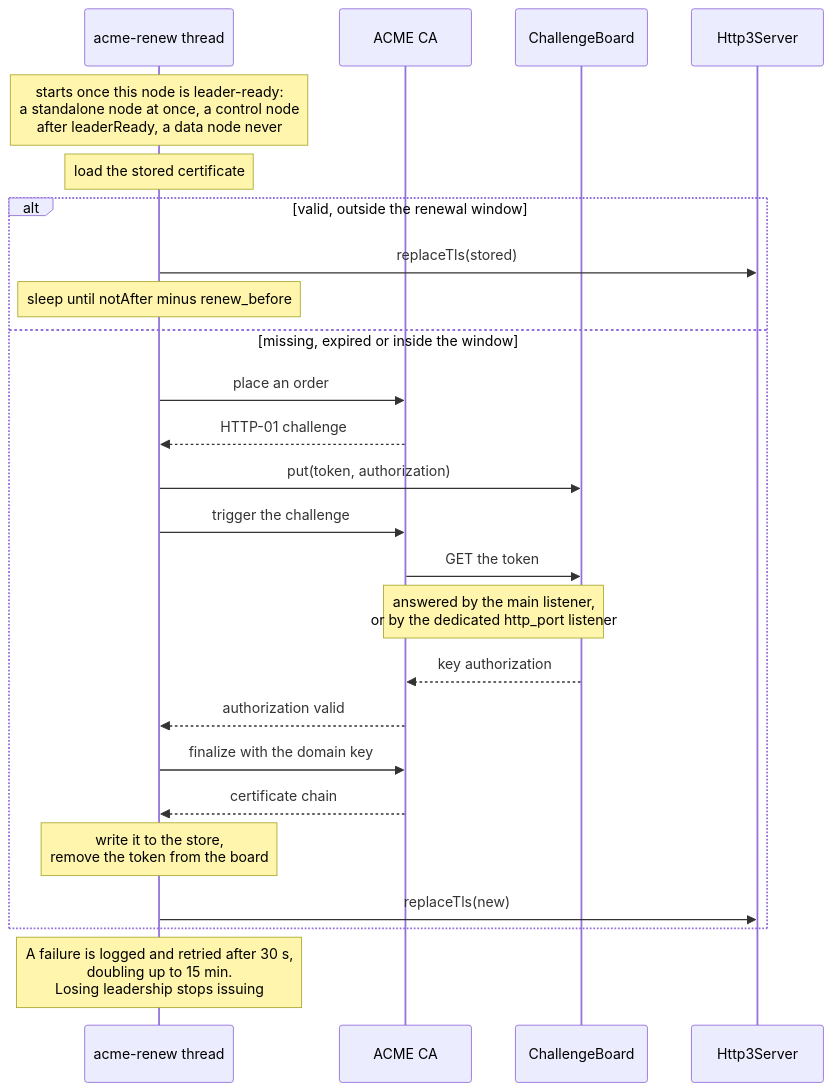
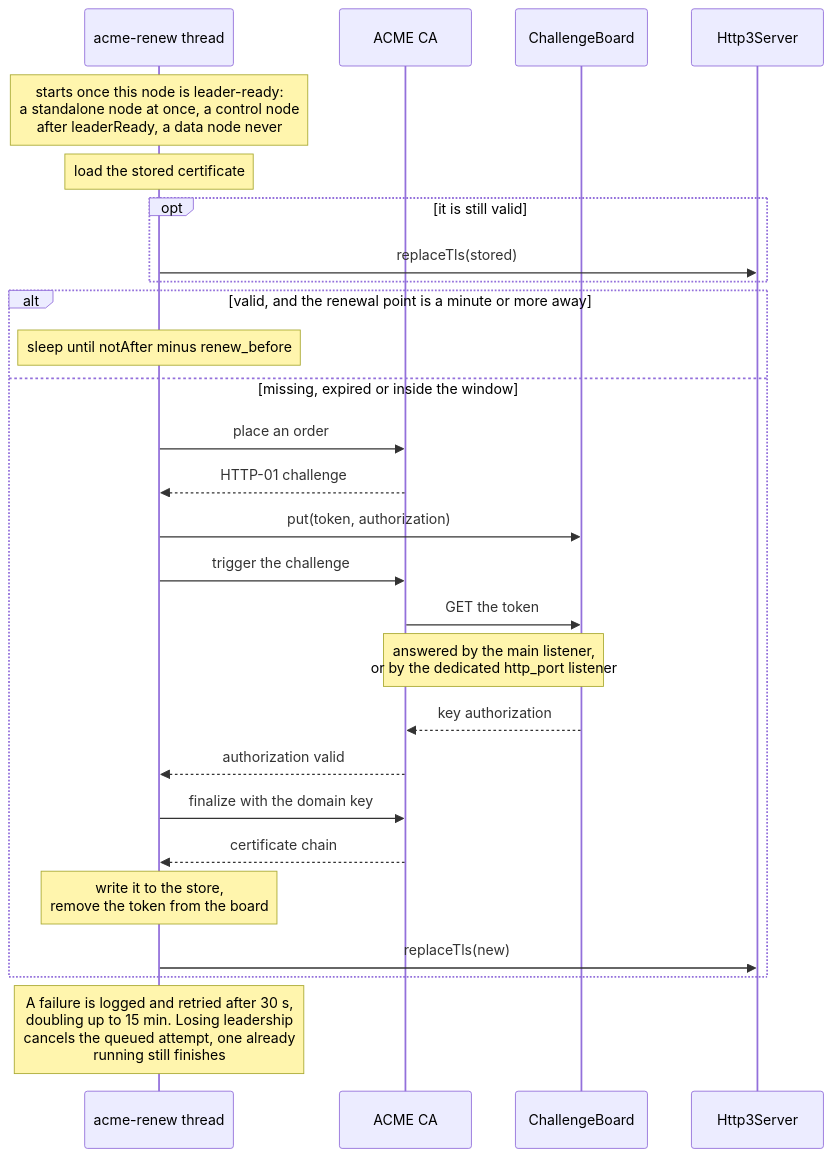
Before and after one commit to BlivionIaG/sjws_nettask: the third of 3 diagrams in docs/user/config-file.md, drawn with Mermaid. The commit also changed other lines of this file and 14 other files, not shown here.

````diff
--- a/docs/user/config-file.md
+++ b/docs/user/config-file.md
@@ -240,28 +245,30 @@
 ```mermaid
 sequenceDiagram
     participant R as acme-renew thread
     participant CA as ACME CA
     participant B as ChallengeBoard
     participant H3 as Http3Server
 
     Note over R: starts once this node is leader-ready:<br/>a standalone node at once, a control node<br/>after leaderReady, a data node never
     Note over R: load the stored certificate
-    alt valid, outside the renewal window
+    opt it is still valid
         R->>H3: replaceTls(stored)
+    end
+    alt valid, and the renewal point is a minute or more away
         Note over R: sleep until notAfter minus renew_before
     else missing, expired or inside the window
         R->>CA: place an order
         CA-->>R: HTTP-01 challenge
         R->>B: put(token, authorization)
         R->>CA: trigger the challenge
         CA->>B: GET the token
         Note over CA,B: answered by the main listener,<br/>or by the dedicated http_port listener
         B-->>CA: key authorization
         CA-->>R: authorization valid
         R->>CA: finalize with the domain key
         CA-->>R: certificate chain
         Note over R: write it to the store,<br/>remove the token from the board
         R->>H3: replaceTls(new)
     end
-    Note over R: A failure is logged and retried after 30 s,<br/>doubling up to 15 min.<br/>Losing leadership stops issuing
+    Note over R: A failure is logged and retried after 30 s,<br/>doubling up to 15 min. Losing leadership<br/>cancels the queued attempt, one already<br/>running still finishes
 ```
````
